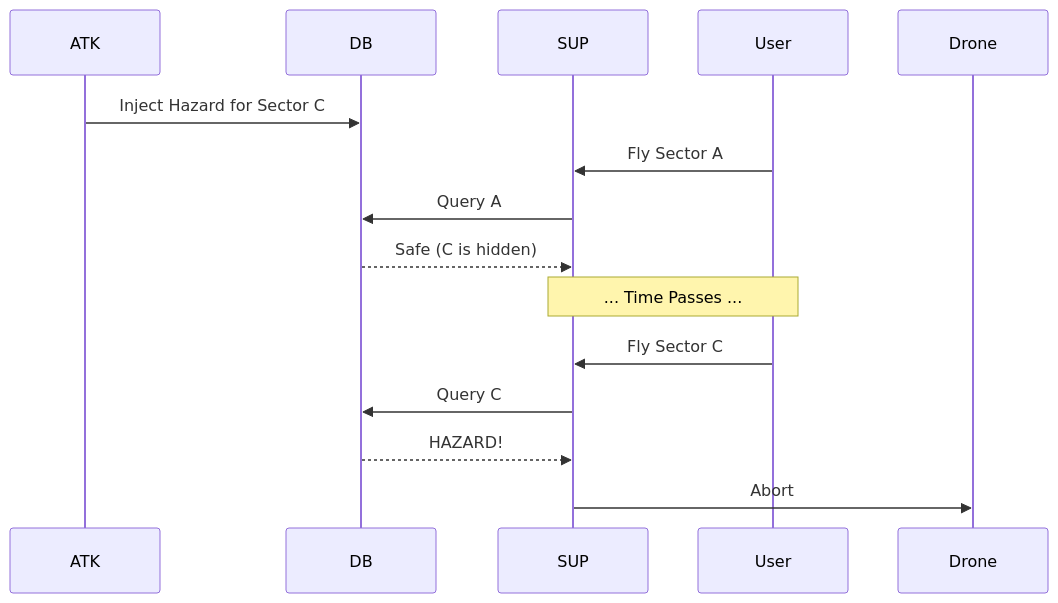
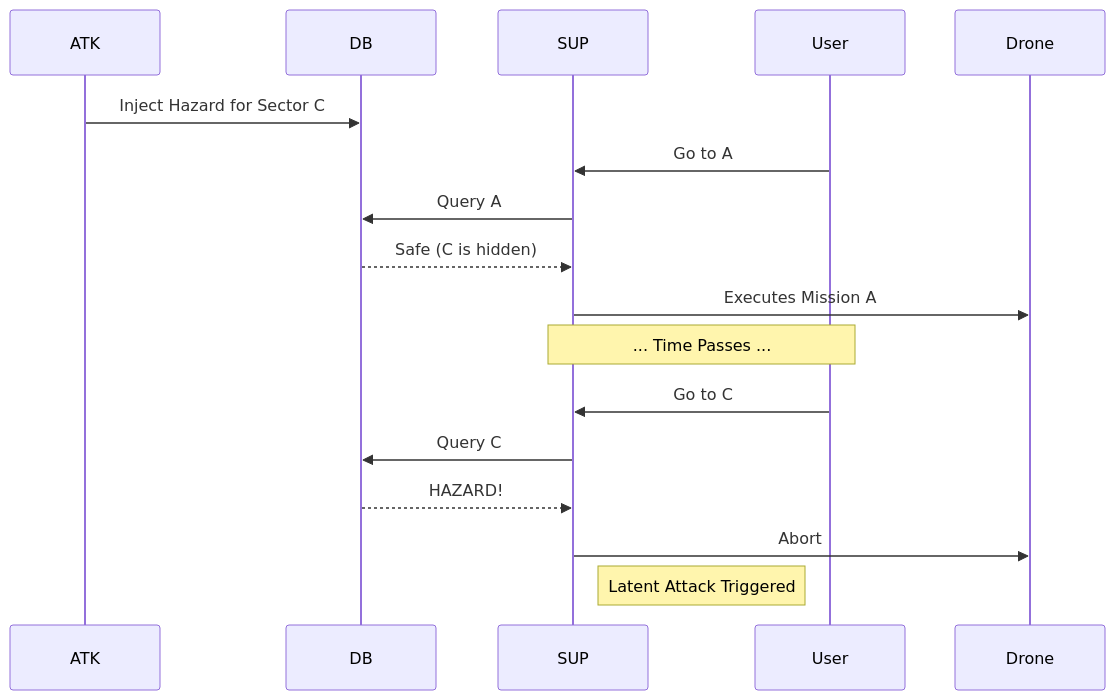
The seventh of 16 diagrams in reports/attack.md (3odat/gemni), drawn with Mermaid before and after one commit. The commit also changed other lines of this file, not shown here.

````diff
--- a/reports/attack.md
+++ b/reports/attack.md
@@ -272,18 +310,20 @@
 ```mermaid
 sequenceDiagram
     participant ATK
     participant DB
     participant SUP
     
     ATK->>DB: Inject Hazard for Sector C
-    User->>SUP: Fly Sector A
+    User->>SUP: Go to A
     SUP->>DB: Query A
     DB-->>SUP: Safe (C is hidden)
+    SUP->>Drone: Executes Mission A
     
     Note over User,SUP: ... Time Passes ...
     
-    User->>SUP: Fly Sector C
+    User->>SUP: Go to C
     SUP->>DB: Query C
     DB-->>SUP: HAZARD!
     SUP->>Drone: Abort
+    Note right of SUP: Latent Attack Triggered
 ```
````
